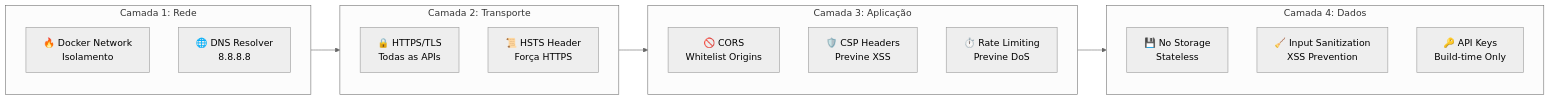
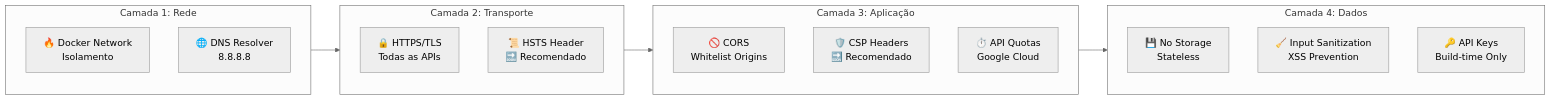
The sixth of 13 diagrams in docs/ARCHITECTURE_SECURITY.md (AlexandreMendesISCTE/Projeto-de-Arquitetura-e-Desenho-de-Software), drawn with Mermaid (neutral theme) before and after one commit. The commit also changed other lines of this file and 1 other file, not shown here.

Commit message:
diagrama de classes e google maps service updated

````diff
--- a/docs/ARCHITECTURE_SECURITY.md
+++ b/docs/ARCHITECTURE_SECURITY.md
@@ -255,26 +257,26 @@
 ```mermaid
 flowchart LR
     subgraph Layer1["Camada 1: Rede"]
         FW["🔥 Docker Network<br/>Isolamento"]
         DNS["🌐 DNS Resolver<br/>8.8.8.8"]
     end
 
     subgraph Layer2["Camada 2: Transporte"]
         TLS["🔒 HTTPS/TLS<br/>Todas as APIs"]
-        HSTS["📜 HSTS Header<br/>Força HTTPS"]
+        HSTS["📜 HSTS Header<br/>🔜 Recomendado"]
     end
 
     subgraph Layer3["Camada 3: Aplicação"]
         CORS["🚫 CORS<br/>Whitelist Origins"]
-        CSP["🛡️ CSP Headers<br/>Previne XSS"]
-        RL["⏱️ Rate Limiting<br/>Previne DoS"]
+        CSP["🛡️ CSP Headers<br/>🔜 Recomendado"]
+        APIQuotas["⏱️ API Quotas<br/>Google Cloud"]
     end
 
     subgraph Layer4["Camada 4: Dados"]
         NoStore["💾 No Storage<br/>Stateless"]
         Sanitize["🧹 Input Sanitization<br/>XSS Prevention"]
         APIKeys["🔑 API Keys<br/>Build-time Only"]
     end
 
     Layer1 --> Layer2 --> Layer3 --> Layer4
 ```
````
